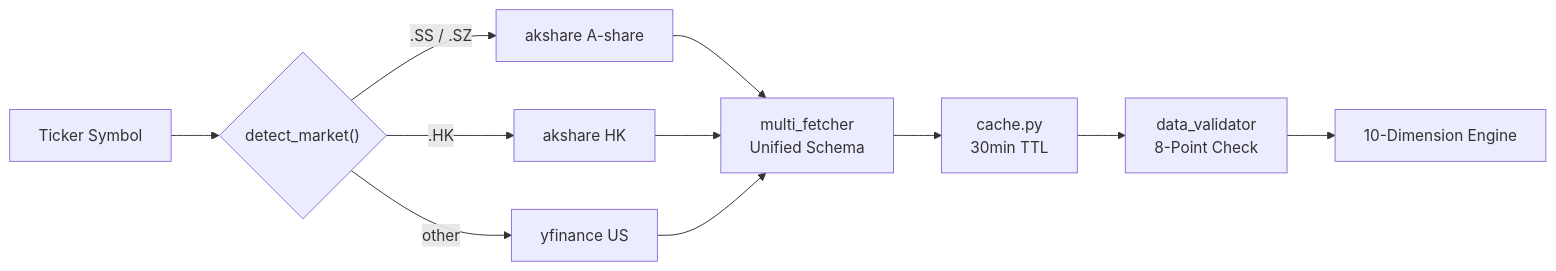
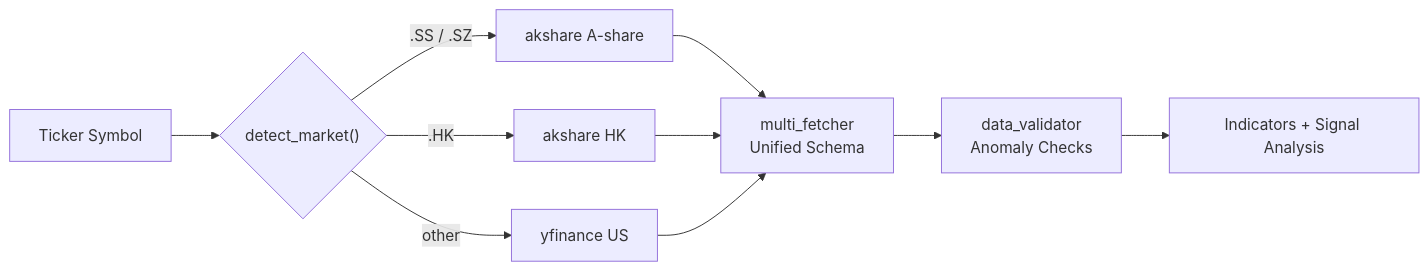
The fourth of 4 diagrams in README.md (KAMCHIU-LAB/Stock_Monitor), drawn with Mermaid before and after one commit. The commit also changed other lines of this file and 34 other files, not shown here.

````diff
--- a/README.md
+++ b/README.md
@@ -146,15 +190,14 @@
 ```mermaid
 flowchart LR
     SYM["Ticker Symbol"] --> DETECT{"detect_market()"}
     DETECT --> |".SS / .SZ"| AK_CN["akshare A-share"]
     DETECT --> |".HK"| AK_HK["akshare HK"]
     DETECT --> |"other"| YF_US["yfinance US"]
 
     AK_CN --> MERGE["multi_fetcher\nUnified Schema"]
     AK_HK --> MERGE
     YF_US --> MERGE
 
-    MERGE --> CACHE["cache.py\n30min TTL"]
-    CACHE --> VALIDATE["data_validator\n8-Point Check"]
-    VALIDATE --> ANALYZE["10-Dimension Engine"]
+    MERGE --> VALIDATE["data_validator\nAnomaly Checks"]
+    VALIDATE --> ANALYZE["Indicators + Signal Analysis"]
 ```
````
